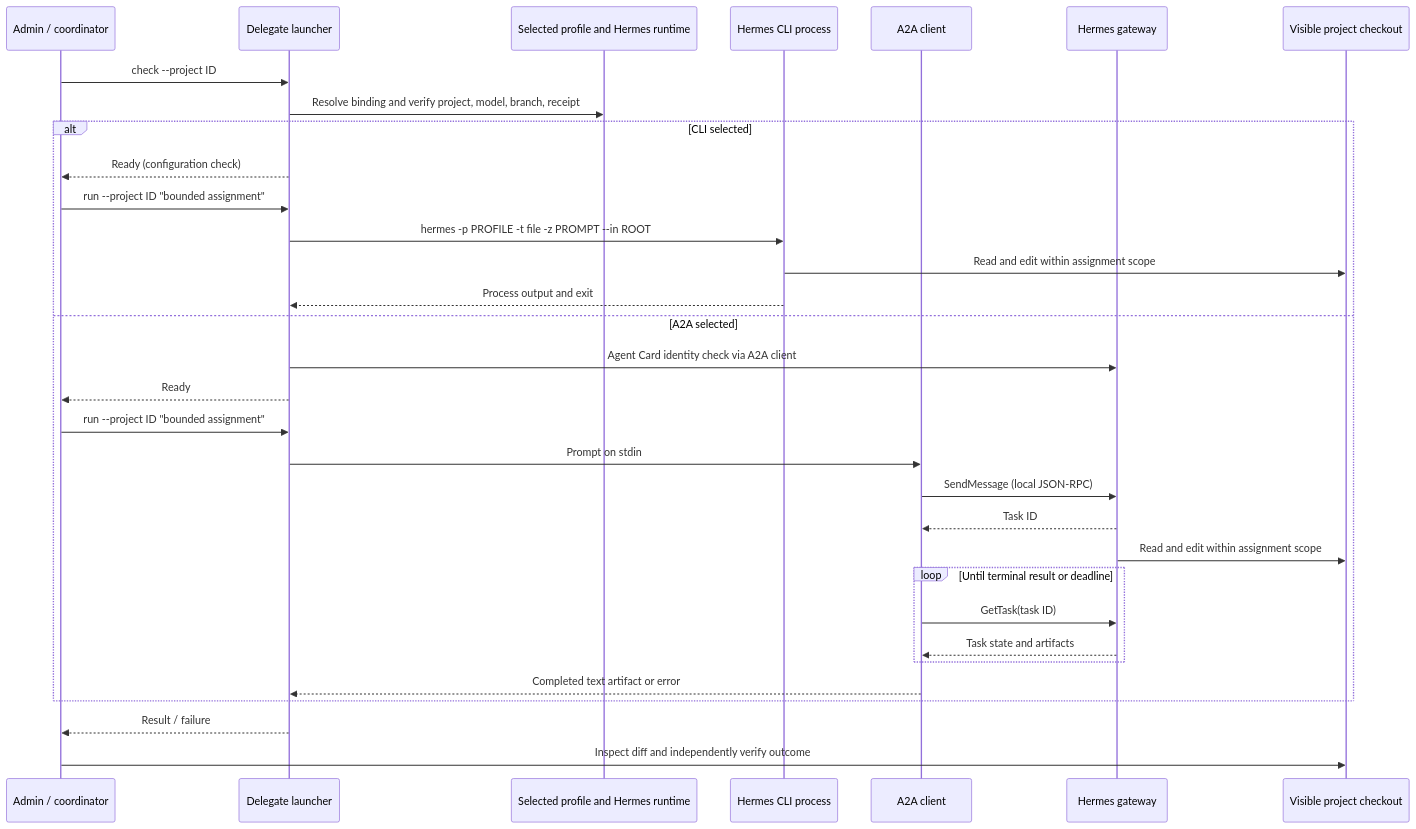
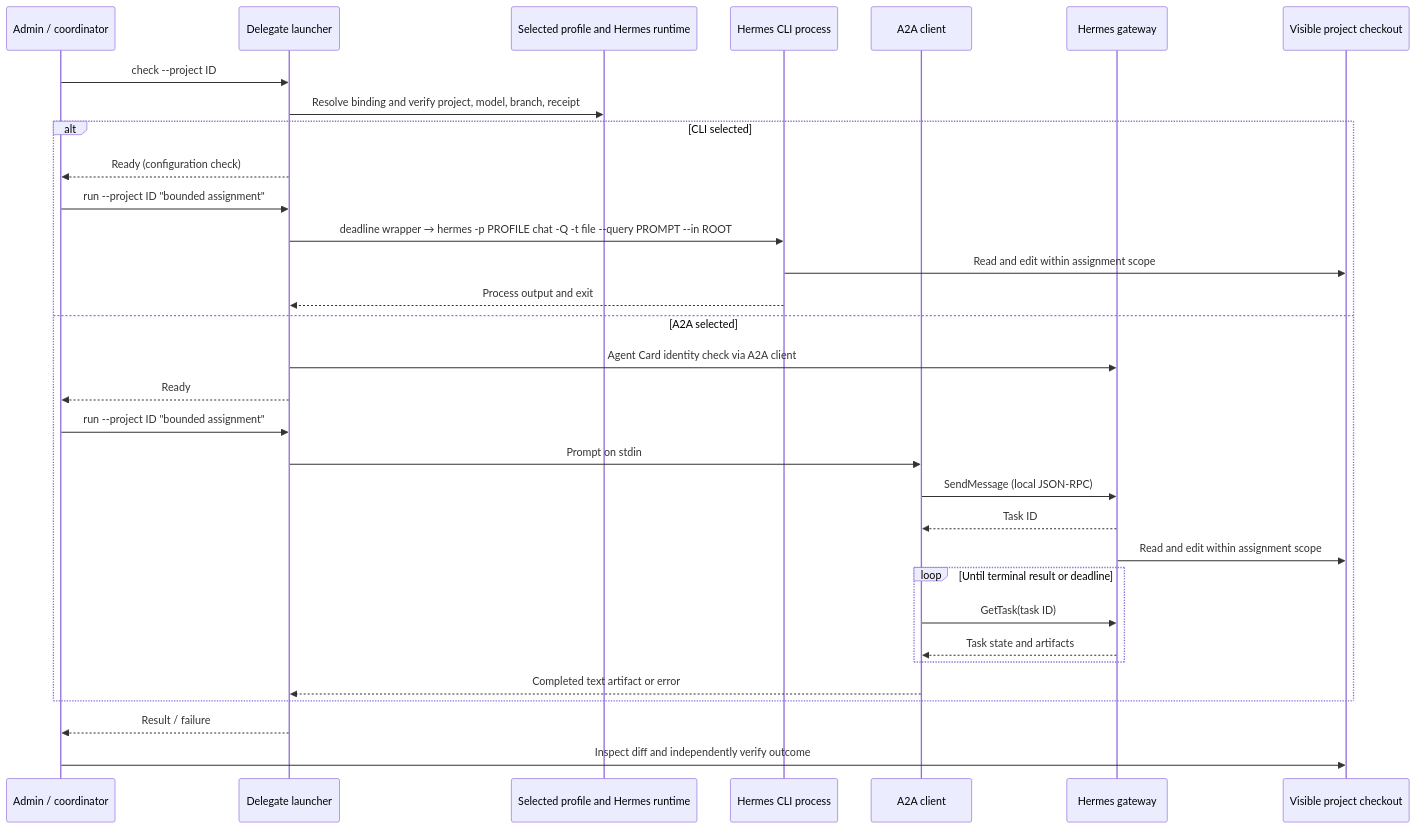
The second of 2 diagrams in ai-commands/system/hermes-agents/delegation-architecture.md (starodubtsevconsulting/ai-fleas), drawn with Mermaid before and after one commit. The commit also changed other lines of this file and 43 other files, not shown here.

````diff
--- a/ai-commands/system/hermes-agents/delegation-architecture.md
+++ b/ai-commands/system/hermes-agents/delegation-architecture.md
@@ -29,34 +31,34 @@
 ```mermaid
 sequenceDiagram
   participant A as Admin / coordinator
   participant L as Delegate launcher
   participant P as Selected profile and Hermes runtime
   participant C as Hermes CLI process
   participant X as A2A client
   participant G as Hermes gateway
   participant F as Visible project checkout
   A->>L: check --project ID
   L->>P: Resolve binding and verify project, model, branch, receipt
   alt CLI selected
     L-->>A: Ready (configuration check)
     A->>L: run --project ID "bounded assignment"
-    L->>C: hermes -p PROFILE -t file -z PROMPT --in ROOT
+    L->>C: deadline wrapper → hermes -p PROFILE chat -Q -t file --query PROMPT --in ROOT
     C->>F: Read and edit within assignment scope
     C-->>L: Process output and exit
   else A2A selected
     L->>G: Agent Card identity check via A2A client
     L-->>A: Ready
     A->>L: run --project ID "bounded assignment"
     L->>X: Prompt on stdin
     X->>G: SendMessage (local JSON-RPC)
     G-->>X: Task ID
     G->>F: Read and edit within assignment scope
     loop Until terminal result or deadline
       X->>G: GetTask(task ID)
       G-->>X: Task state and artifacts
     end
     X-->>L: Completed text artifact or error
   end
   L-->>A: Result / failure
   A->>F: Inspect diff and independently verify outcome
 ```
````
